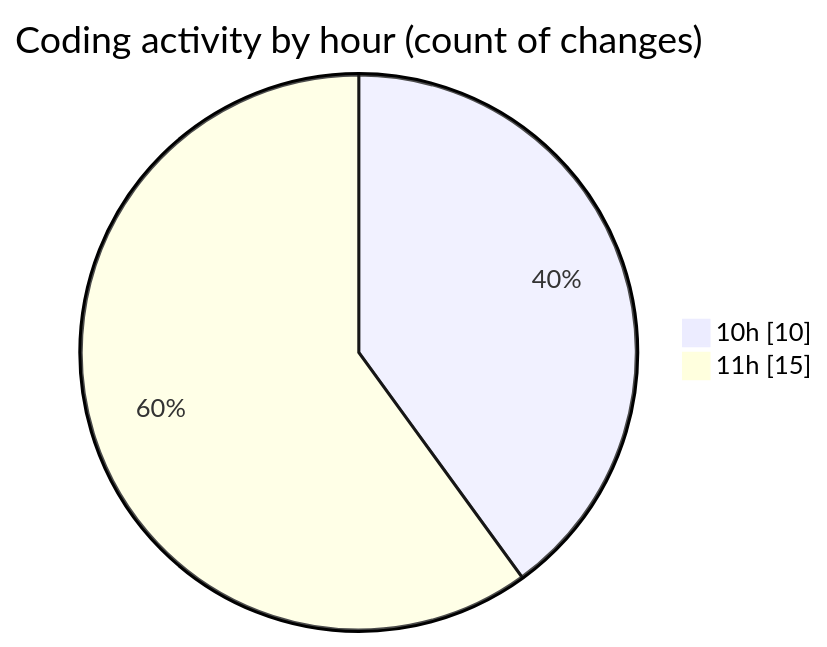
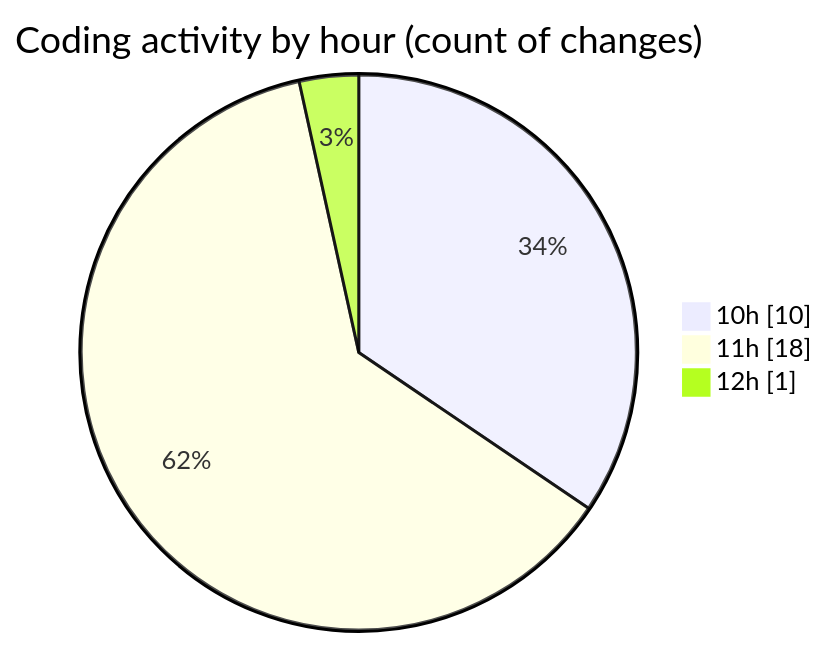
One commit to momahboobian/code-tracking changed the second of 2 diagrams in 2025-07-14/cda/README.md. Above: the diagram before and after it, drawn with Mermaid. The commit also changed other lines of this file and 1 other file, not shown here.

````diff
--- a/2025-07-14/cda/README.md
+++ b/2025-07-14/cda/README.md
@@ -33,6 +34,7 @@
 ```mermaid
 pie showData
 title Coding activity by hour (count of changes)
 "10h" : 10
-"11h" : 15
+"11h" : 18
+"12h" : 1
 ```
````
